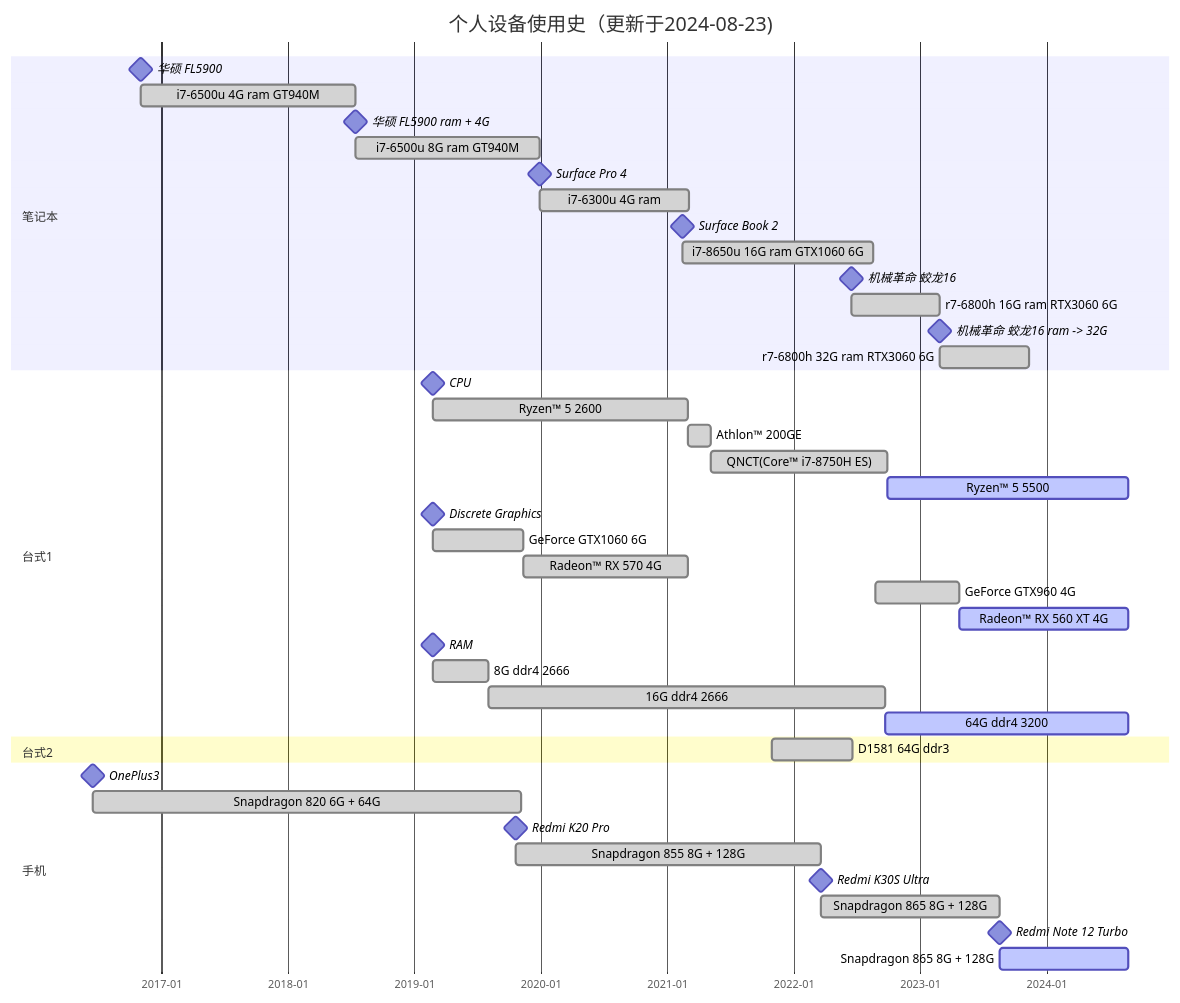
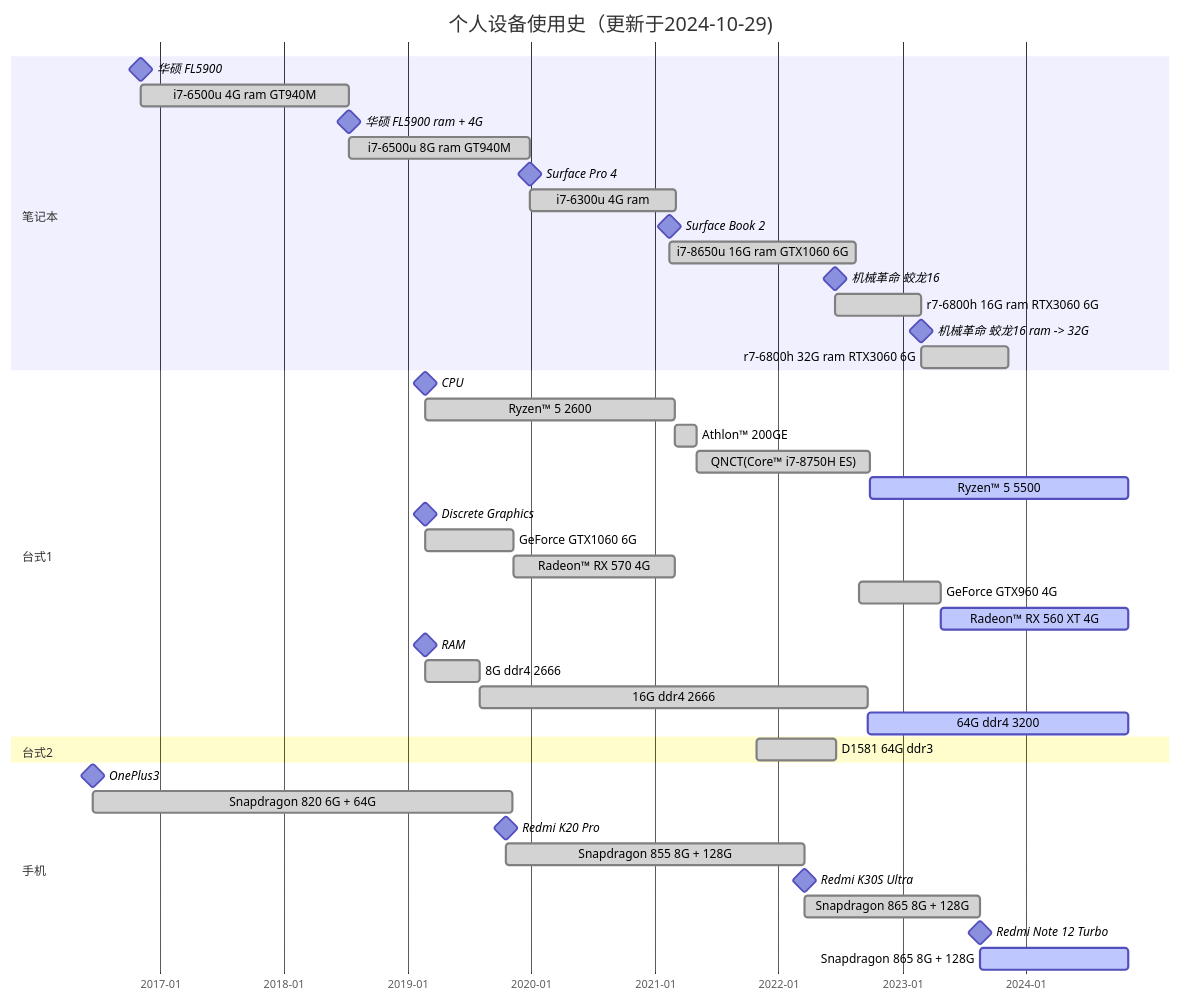
One commit to xuanyabulema/xuanyabulema.github.io changed the diagram in source/microchip/index.md. Above: the diagram before and after it, drawn with Mermaid.

````diff
--- a/source/microchip/index.md
+++ b/source/microchip/index.md
@@ -13,54 +13,54 @@
 ```mermaid
 gantt
-    title 个人设备使用史（更新于2024-08-23)
+    title 个人设备使用史（更新于2024-10-29)
     dateFormat  YYYY-MM-DD
     axisFormat  %Y-%m
     
     section 笔记本
     华硕 FL5900                                 :milestone, 2016-11-03, 0d
     i7-6500u  4G ram GT940M                     :done, 2016-11-03, 2018-07-13
     华硕 FL5900  ram + 4G                        :milestone, 2018-07-13, 0d
     i7-6500u  8G ram GT940M                     :done, 2018-07-13, 2019-12-29
     Surface Pro 4                               :milestone, 2019-12-29, 0d
     i7-6300u  4G ram                            :done, 2019-12-29, 2021-03-03
     Surface Book 2                              :milestone, 2021-02-12, 0d
     i7-8650u  16G ram  GTX1060 6G               :done, 2021-02-12, 2022-08-18
     机械革命 蛟龙16                               :milestone, 2022-06-17, 0d
     r7-6800h  16G ram    RTX3060 6G             :done, 2022-06-17, 2023-02-26
     机械革命 蛟龙16  ram -> 32G                   :milestone, 2023-02-26, 0d
     r7-6800h  32G ram    RTX3060 6G             :done, 2023-02-26, 2023-11-11
     
     
     section 台式1
     CPU                                         :milestone, 2019-02-22, 0d
     Ryzen™ 5 2600                               :done, 2019-02-22, 2021-03-01
     Athlon™ 200GE                               :done, 2021-03-01, 2021-05-04
     QNCT(Core™ i7-8750H ES)                     :done, 2021-05-04, 2022-09-26
-    Ryzen™ 5 5500                               :active, 2022-09-26, 2024-08-23
+    Ryzen™ 5 5500                               :active, 2022-09-26, 2024-10-29
     
     Discrete Graphics                           :milestone, 2019-02-22, 0d
     GeForce GTX1060 6G                          :done, 2019-02-22, 2019-11-10
     Radeon™ RX 570 4G                           :done, 2019-11-10, 2021-03-01
     GeForce GTX960 4G                           :done, 2022-08-25, 2023-04-23
-    Radeon™ RX 560 XT 4G                        :active, 2023-04-23, 2024-08-23
+    Radeon™ RX 560 XT 4G                        :active, 2023-04-23, 2024-10-29
     
     RAM                                         :milestone, 2019-02-22, 0d
     8G ddr4 2666                                :done, 2019-02-22, 2019-08-02
     16G ddr4 2666                               :done, 2019-08-02, 2022-09-22
-    64G ddr4 3200                               :active, 2022-09-22, 2024-08-23
+    64G ddr4 3200                               :active, 2022-09-22, 2024-10-29
     
     
     section 台式2
     D1581 64G ddr3                              :done, 2021-10-29,2022-06-19
     
     
     section 手机
     OnePlus3                                    :milestone, 2016-06-16, 0d
     Snapdragon 820 6G + 64G                     :done, 2016-06-16, 2019-11-06
     Redmi K20 Pro                               :milestone, 2019-10-19, 0d
     Snapdragon 855  8G + 128G                   :done, 2019-10-19, 2022-03-18
     Redmi K30S Ultra                            :milestone, 2022-03-18, 0d
     Snapdragon 865  8G + 128G                   :done, 2022-03-18, 2023-08-19
     Redmi Note 12 Turbo                         :milestone, 2023-08-19, 0d
-    Snapdragon 865  8G + 128G                   :active, 2023-08-19, 2024-08-23
+    Snapdragon 865  8G + 128G                   :active, 2023-08-19, 2024-10-29
 ```
````
